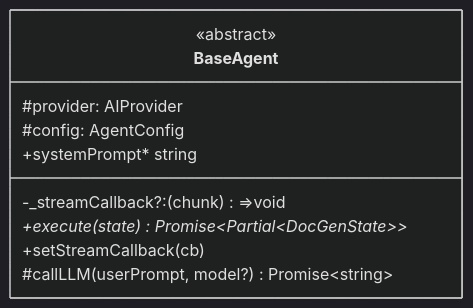
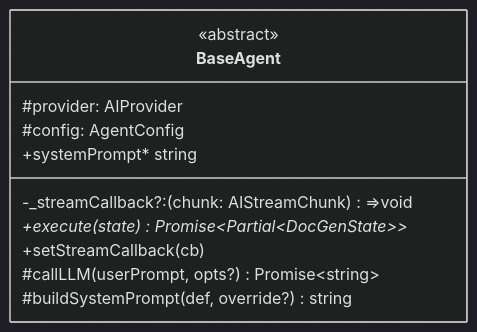
Before and after one commit to lazyloadbox/smart-tech-writter: the second of 3 diagrams in docs/architecture/04-ai-layer.md, drawn with Mermaid (dark theme). The commit also changed other lines of this file and 101 other files, not shown here.

````diff
--- a/docs/architecture/04-ai-layer.md
+++ b/docs/architecture/04-ai-layer.md
@@ -40,13 +46,14 @@
 ```mermaid
 classDiagram
     class BaseAgent {
         <<abstract>>
         #provider: AIProvider
         #config: AgentConfig
-        -_streamCallback?: (chunk)=>void
+        -_streamCallback?: (chunk: AIStreamChunk)=>void
         +systemPrompt* string
         +execute(state)* Promise~Partial~DocGenState~~
         +setStreamCallback(cb)
-        #callLLM(userPrompt, model?) Promise~string~
+        #callLLM(userPrompt, opts?) Promise~string~
+        #buildSystemPrompt(def, override?) string
     }
 ```
````
